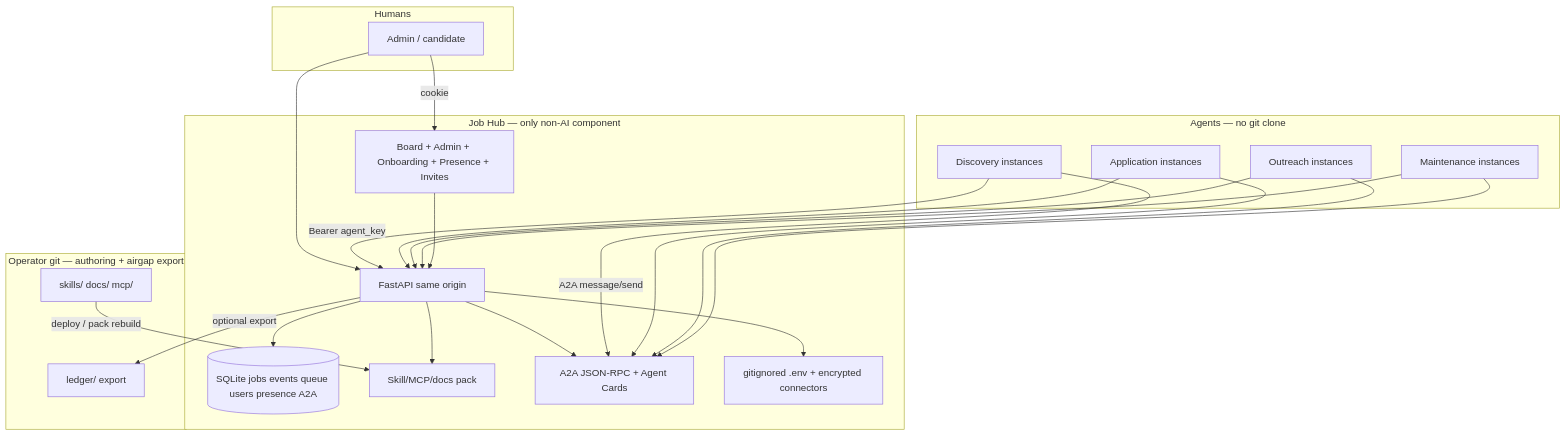
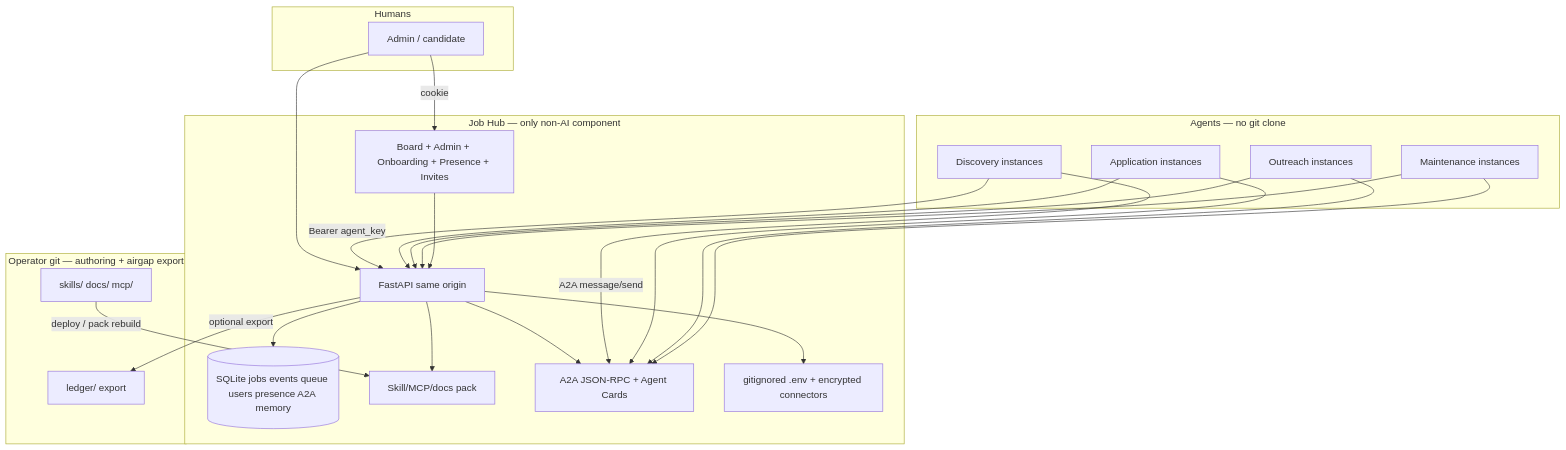
One commit to unownone/jobos changed the diagram in docs/job-hub/02-architecture.md. Above: the diagram before and after it, drawn with Mermaid. The commit also changed other lines of this file and 35 other files, not shown here.

````diff
--- a/docs/job-hub/02-architecture.md
+++ b/docs/job-hub/02-architecture.md
@@ -9,45 +9,45 @@
 ```mermaid
 flowchart TB
   subgraph humans [Humans]
     admin[Admin / candidate]
   end
 
   subgraph agents [Agents — no git clone]
     d[Discovery instances]
     a[Application instances]
     o[Outreach instances]
     m[Maintenance instances]
   end
 
   subgraph hub [Job Hub — only non-AI component]
     api[FastAPI same origin]
     ui[Board + Admin + Onboarding + Presence + Invites]
-    db[(SQLite jobs events queue users presence A2A)]
+    db[(SQLite jobs events queue users presence A2A memory)]
     pack[Skill/MCP/docs pack]
     a2a[A2A JSON-RPC + Agent Cards]
     secrets[gitignored .env + encrypted connectors]
   end
 
   subgraph git [Operator git — authoring + airgap export]
     skills[skills/ docs/ mcp/]
     ledger[ledger/ export]
   end
 
   admin -->|cookie| ui
   admin --> api
   d -->|Bearer agent_key| api
   a --> api
   o --> api
   m --> api
   api --> db
   api --> pack
   api --> a2a
   api --> secrets
   d -->|A2A message/send| a2a
   a --> a2a
   o --> a2a
   m --> a2a
   skills -->|deploy / pack rebuild| pack
   api -->|optional export| ledger
   ui --> api
 ```
````
